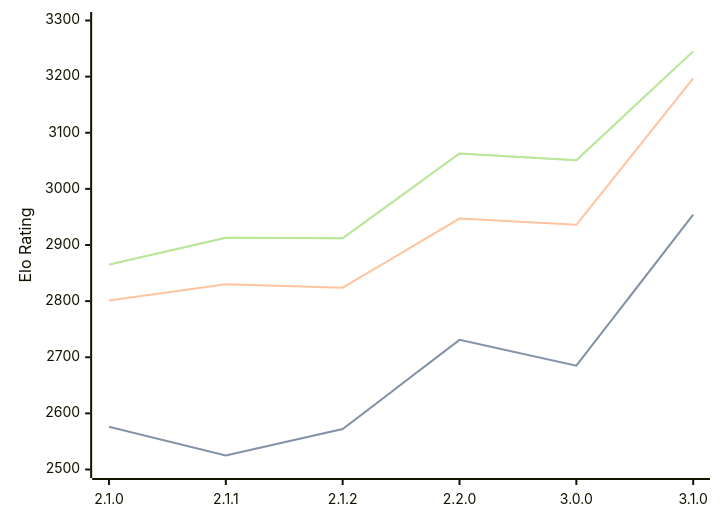
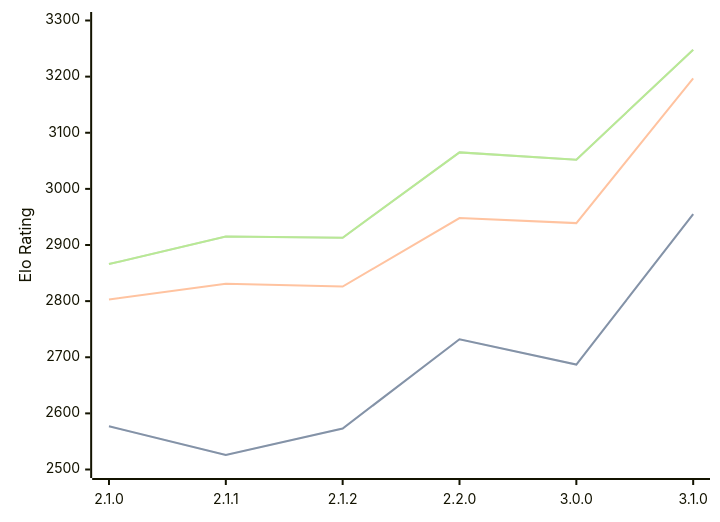
The diagram in engines/Prune.md (computer-chess-index/cci), drawn with Mermaid before and after one commit. The commit also changed other lines of this file, not shown here.

Commit message:
Update CCI Ratings (ELO VLTC) - 2026-02-20

````diff
--- a/engines/Prune.md
+++ b/engines/Prune.md
@@ -37,11 +37,11 @@
 ```mermaid
 %%{init: {"theme":"base","themeVariables":{"seriesColors:['#a3a3a3','#222221','#faa371']}}}%%
 xychart-beta
   x-axis ["2.1.0", "2.1.1", "2.1.2", "2.2.0", "3.0.0", "3.1.0"]
   y-axis "Elo Rating" 2500 --> 3300
-  line "STC (8.0+0.08s)" [2576, 2525, 2572, 2731, 2685, 2954]
-  line "STC (8.0+0.08s)" [2576, 2525, 2572, 2731, 2685, 2954]
-  line "LTC (60.0+0.60s)" [2801, 2830, 2824, 2947, 2936, 3197]
-  line "VLTC (2m24s+1.12s)" [2865, 2913, 2912, 3063, 3051, 3245]
-  line "VLTC (2m24s+1.12s)" [2865, 2913, 2912, 3063, 3051, 3245]
+  line "STC (8.0+0.08s)" [2577, 2526, 2573, 2732, 2687, 2955]
+  line "STC (8.0+0.08s)" [2577, 2526, 2573, 2732, 2687, 2955]
+  line "LTC (60.0+0.60s)" [2803, 2831, 2826, 2948, 2939, 3197]
+  line "VLTC (2m24s+1.12s)" [2866, 2915, 2913, 3065, 3052, 3248]
+  line "VLTC (2m24s+1.12s)" [2866, 2915, 2913, 3065, 3052, 3248]
 ```
````
